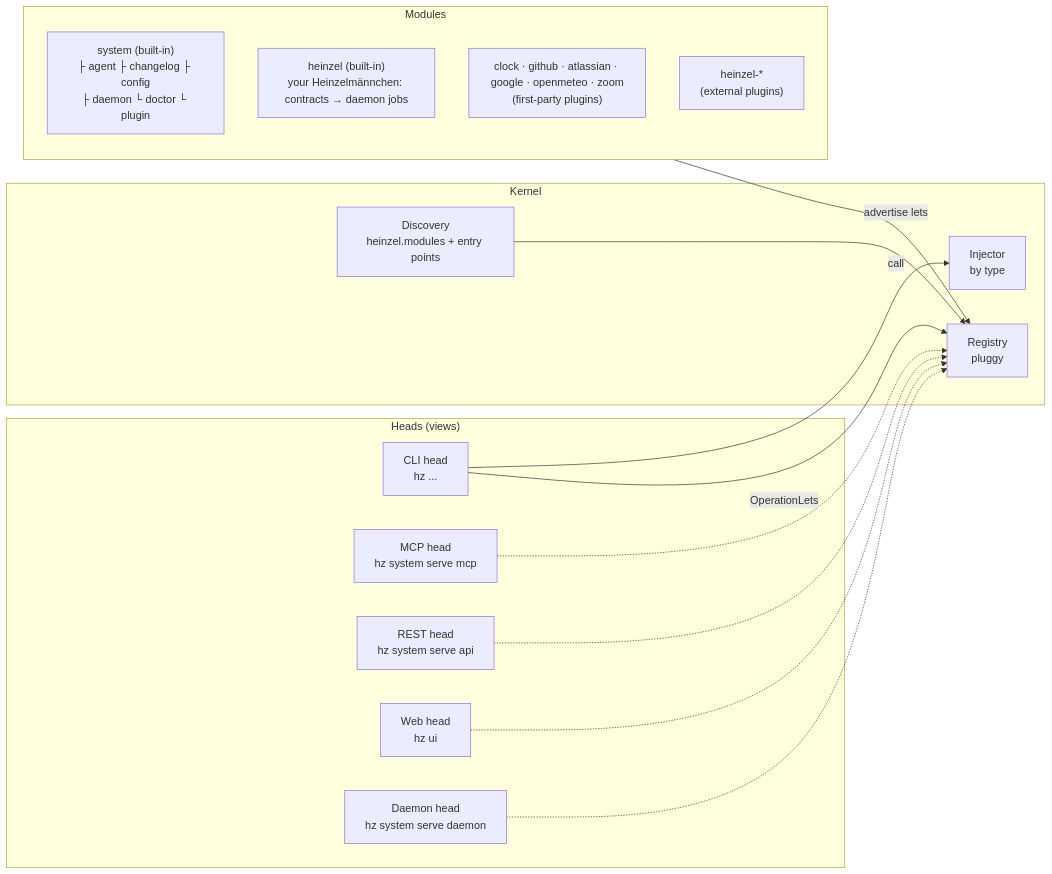
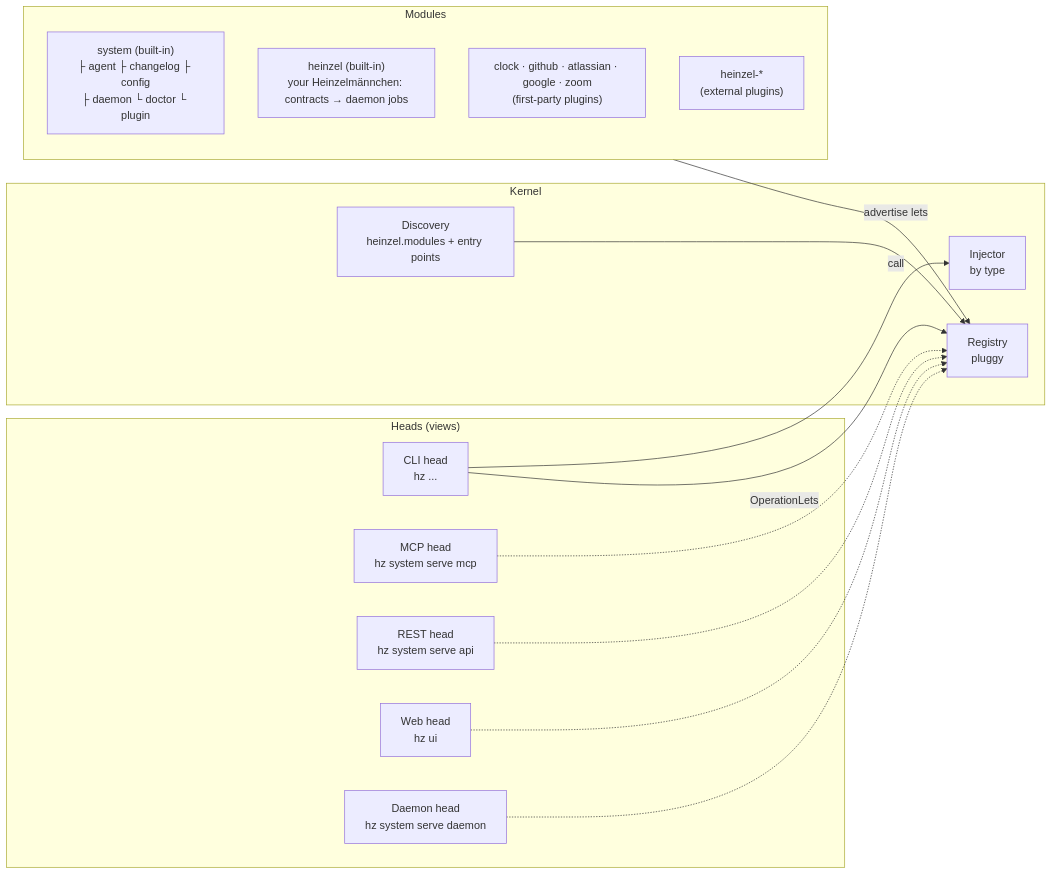
Before and after one commit to helmut-hoffer-von-ankershoffen/heinzel: the diagram in docs/ARCHITECTURE.md, drawn with Mermaid. The commit also changed other lines of this file and 51 other files, not shown here.

````diff
--- a/docs/ARCHITECTURE.md
+++ b/docs/ARCHITECTURE.md
@@ -5,29 +5,29 @@
 ```mermaid
 flowchart LR
     subgraph Heads["Heads (views)"]
         CLI["CLI head<br/>hz ..."]
         MCP["MCP head<br/>hz system serve mcp"]
         REST["REST head<br/>hz system serve api"]
         Web["Web head<br/>hz ui"]
         Daemon["Daemon head<br/>hz system serve daemon"]
     end
     subgraph Kernel
         Discovery["Discovery<br/>heinzel.modules + entry points"]
         Registry["Registry<br/>pluggy"]
         Injector["Injector<br/>by type"]
     end
     subgraph Modules
         System["system (built-in)<br/>├ agent ├ changelog ├ config<br/>├ daemon └ doctor └ plugin"]
         Heinzel["heinzel (built-in)<br/>your Heinzelmännchen: contracts → daemon jobs"]
-        Clock["clock · github · atlassian · google · openmeteo · zoom<br/>(first-party plugins)"]
+        Clock["clock · github · atlassian · google · zoom<br/>(first-party plugins)"]
         Ext["heinzel-*<br/>(external plugins)"]
     end
     Discovery --> Registry
     Modules -- "advertise lets" --> Registry
     CLI -- "OperationLets" --> Registry
     MCP -.-> Registry
     REST -.-> Registry
     Web -.-> Registry
     Daemon -.-> Registry
     CLI -- "call" --> Injector
 ```
````
